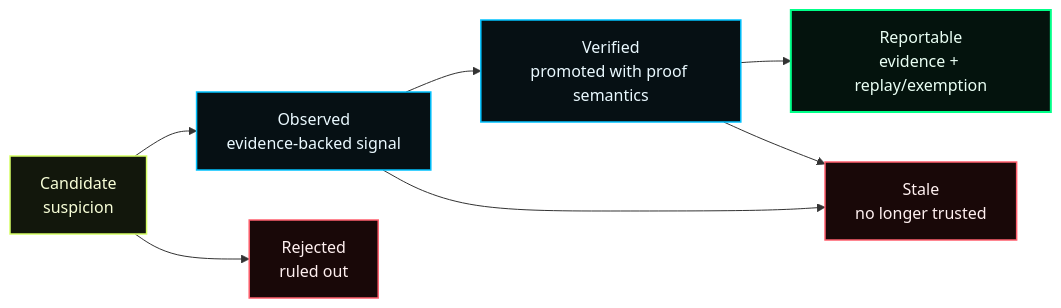
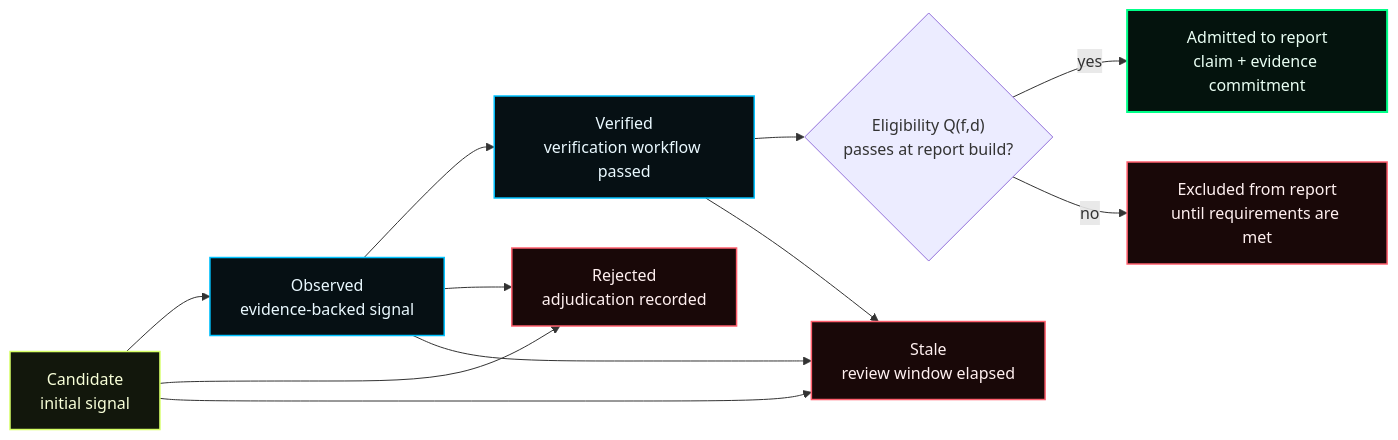
Before and after one commit to kranthiyelaboina/AEGISEC: the third of 3 diagrams in README.md, drawn with Mermaid. The commit also changed other lines of this file, not shown here.

````diff
--- a/README.md
+++ b/README.md
@@ -394,20 +440,24 @@
 ```mermaid
 flowchart LR
-  candidate["Candidate<br/>suspicion"] --> observed["Observed<br/>evidence-backed signal"]
-  observed --> verified["Verified<br/>promoted with proof semantics"]
-  verified --> reportable["Reportable<br/>evidence + replay/exemption"]
+  candidate["Candidate<br/>initial signal"] --> observed["Observed<br/>evidence-backed signal"]
+  observed --> verified["Verified<br/>verification workflow passed"]
+  verified --> gate{"Eligibility Q(f,d)<br/>passes at report build?"}
+  gate -->|yes| report["Admitted to report<br/>claim + evidence commitment"]
+  gate -->|no| held["Excluded from report<br/>until requirements are met"]
 
-  candidate --> rejected["Rejected<br/>ruled out"]
-  observed --> stale["Stale<br/>no longer trusted"]
+  candidate --> rejected["Rejected<br/>adjudication recorded"]
+  observed --> rejected
+  candidate --> stale["Stale<br/>review window elapsed"]
+  observed --> stale
   verified --> stale
 
   classDef weak fill:#12170c,stroke:#d6ff66,color:#f8ffd8,stroke-width:1.5px;
   classDef proof fill:#061014,stroke:#00c2ff,color:#eaf9ff,stroke-width:1.5px;
-  classDef report fill:#04130d,stroke:#00ff88,color:#eafff4,stroke-width:2px;
+  classDef reportStyle fill:#04130d,stroke:#00ff88,color:#eafff4,stroke-width:2px;
   classDef stop fill:#190808,stroke:#ff5f6d,color:#fff0f0,stroke-width:1.5px;
 
   class candidate weak;
   class observed,verified proof;
-  class reportable report;
-  class rejected,stale stop;
+  class report reportStyle;
+  class rejected,stale,held stop;
 ```
````
